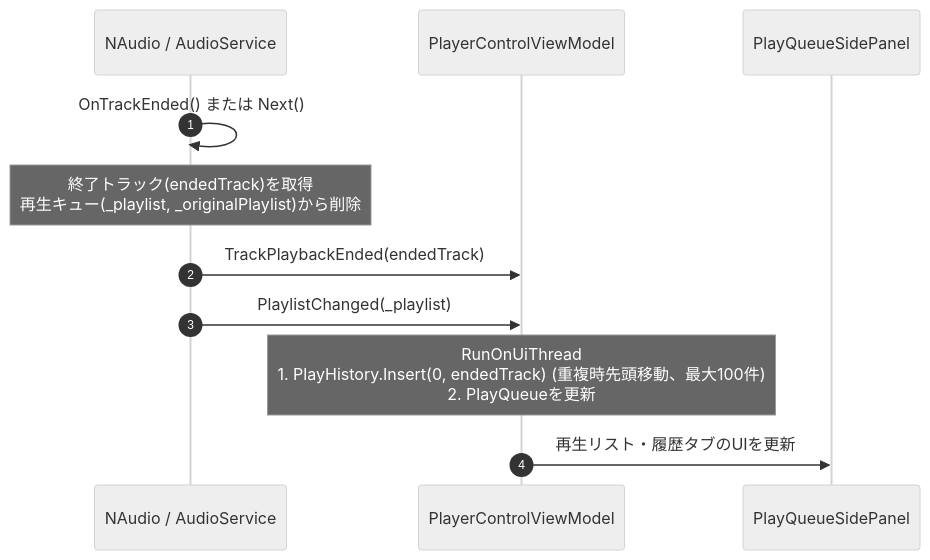
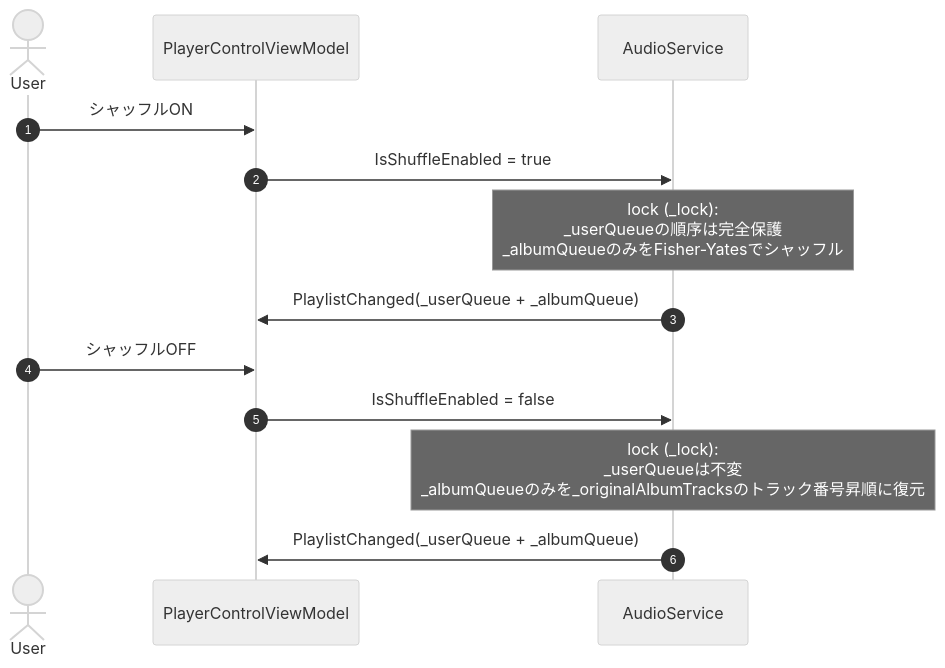
The fourth of 4 diagrams in 設計/詳細設計/再生キュー.md (taketonnbo/Audio_Effector), drawn with Mermaid (neutral theme) before and after one commit. The commit also changed other lines of this file and 2 other files, not shown here.

````diff
--- a/設計/詳細設計/再生キュー.md
+++ b/設計/詳細設計/再生キュー.md
@@ -160,14 +170,17 @@
 ```mermaid
 sequenceDiagram
     autonumber
-    participant Audio as NAudio / AudioService
-    participant CtrlVM as PlayerControlViewModel
-    participant View as PlayQueueSidePanel
+    actor User
+    participant VM as PlayerControlViewModel
+    participant Audio as AudioService
 
-    Audio->>Audio: OnTrackEnded() または Next()
-    Note over Audio: 終了トラック(endedTrack)を取得<br/>再生キュー(_playlist, _originalPlaylist)から削除
-    Audio->>CtrlVM: TrackPlaybackEnded(endedTrack)
-    Audio->>CtrlVM: PlaylistChanged(_playlist)
-    Note over CtrlVM: RunOnUiThread<br/>1. PlayHistory.Insert(0, endedTrack) (重複時先頭移動、最大100件)<br/>2. PlayQueueを更新
-    CtrlVM->>View: 再生リスト・履歴タブのUIを更新
+    User->>VM: シャッフルON
+    VM->>Audio: IsShuffleEnabled = true
+    Note over Audio: lock (_lock):<br/>_userQueueの順序は完全保護<br/>_albumQueueのみをFisher-Yatesでシャッフル
+    Audio->>VM: PlaylistChanged(_userQueue + _albumQueue)
+
+    User->>VM: シャッフルOFF
+    VM->>Audio: IsShuffleEnabled = false
+    Note over Audio: lock (_lock):<br/>_userQueueは不変<br/>_albumQueueのみを_originalAlbumTracksのトラック番号昇順に復元
+    Audio->>VM: PlaylistChanged(_userQueue + _albumQueue)
 ```
````
